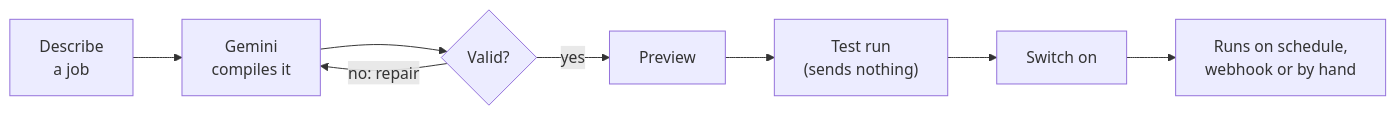
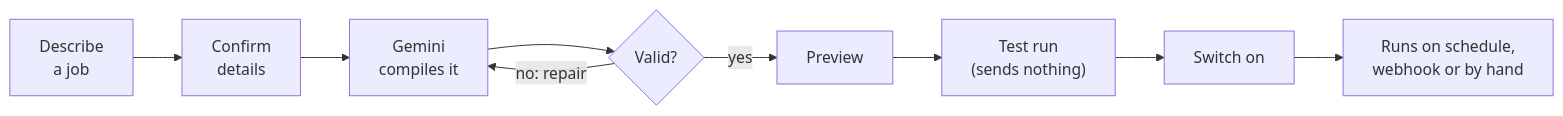
One commit to PrajwatSrivastava/AgentDesk-AI-Workflow changed the first of 2 diagrams in README.md. Above: the diagram before and after it, drawn with Mermaid. The commit also changed other lines of this file and 46 other files, not shown here.

````diff
--- a/README.md
+++ b/README.md
@@ -56,10 +66,11 @@
 ```mermaid
 flowchart LR
-    A["Describe<br/>a job"] --> B["Gemini<br/>compiles it"]
+    A["Describe<br/>a job"] --> Q["Confirm<br/>details"]
+    Q --> B["Gemini<br/>compiles it"]
     B --> C{"Valid?"}
     C -- "no: repair" --> B
     C -- yes --> D["Preview"]
     D --> E["Test run<br/>(sends nothing)"]
     E --> F["Switch on"]
     F --> G["Runs on schedule,<br/>webhook or by hand"]
 ```
````
